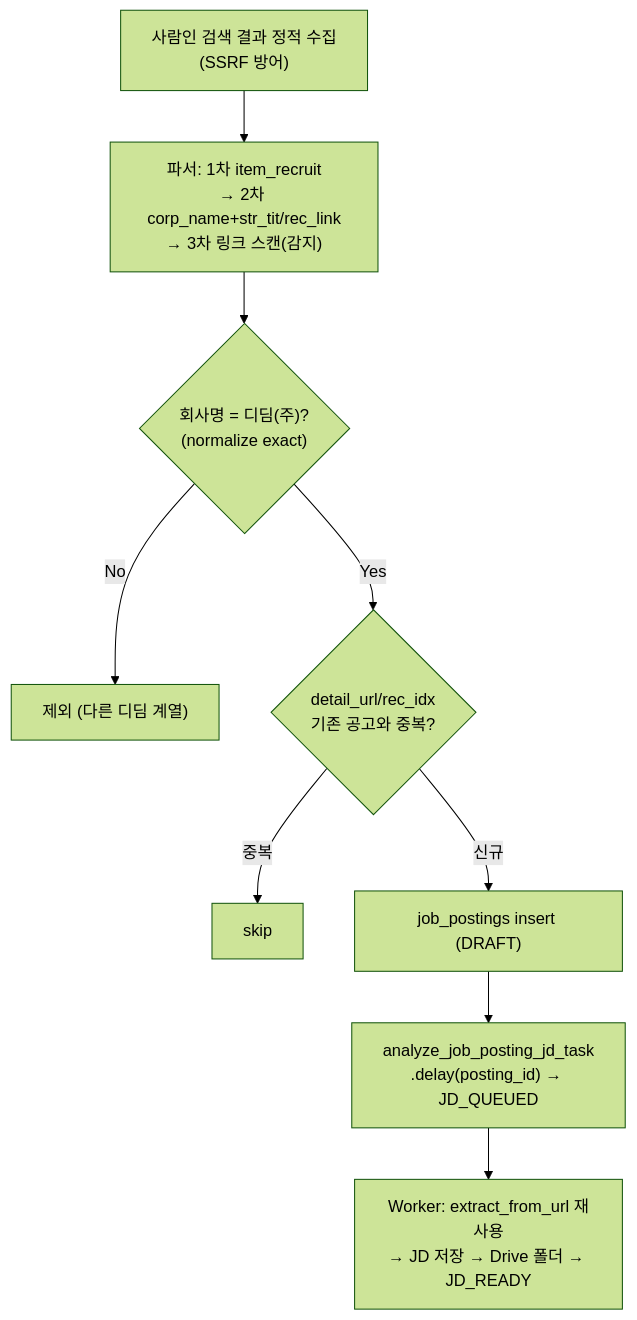
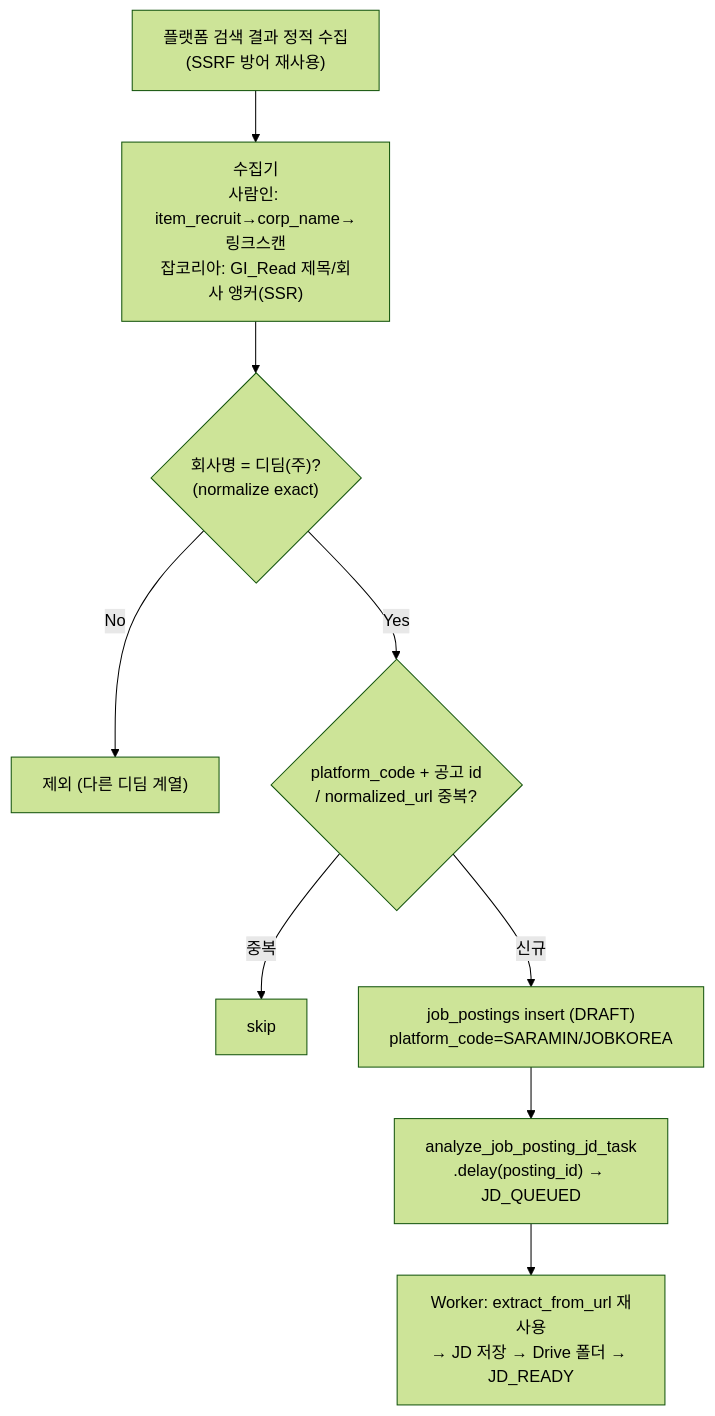
The sixth of 7 diagrams in README.md (gwanghun-choi/resume-auto-analyzer), drawn with Mermaid (forest theme) before and after one commit. The commit also changed other lines of this file and 13 other files, not shown here.

Commit message:
feat: add JobKorea discovery and platform mapping

````diff
--- a/README.md
+++ b/README.md
@@ -298,11 +298,11 @@
 ```mermaid
 flowchart TD
-    S["사람인 검색 결과 정적 수집<br/>(SSRF 방어)"] --> P["파서: 1차 item_recruit<br/>→ 2차 corp_name+str_tit/rec_link<br/>→ 3차 링크 스캔(감지)"]
+    S["플랫폼 검색 결과 정적 수집<br/>(SSRF 방어 재사용)"] --> P["수집기<br/>사람인: item_recruit→corp_name→링크스캔<br/>잡코리아: GI_Read 제목/회사 앵커(SSR)"]
     P --> F{"회사명 = 디딤(주)?<br/>(normalize exact)"}
     F -->|No| X["제외 (다른 디딤 계열)"]
-    F -->|Yes| N{"detail_url/rec_idx<br/>기존 공고와 중복?"}
+    F -->|Yes| N{"platform_code + 공고 id<br/>/ normalized_url 중복?"}
     N -->|중복| DUP["skip"]
-    N -->|신규| I["job_postings insert (DRAFT)"]
+    N -->|신규| I["job_postings insert (DRAFT)<br/>platform_code=SARAMIN/JOBKOREA"]
     I --> Q["analyze_job_posting_jd_task<br/>.delay(posting_id) → JD_QUEUED"]
     Q --> W["Worker: extract_from_url 재사용<br/>→ JD 저장 → Drive 폴더 → JD_READY"]
 ```
````
